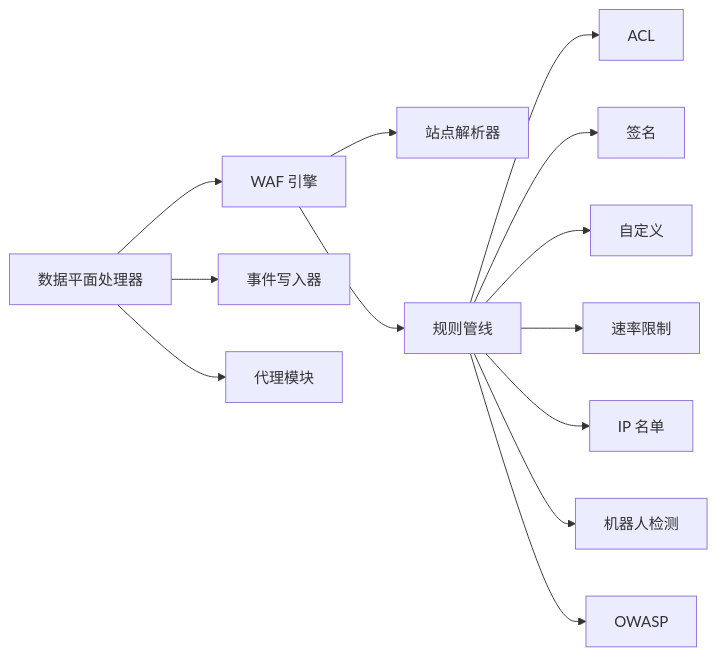
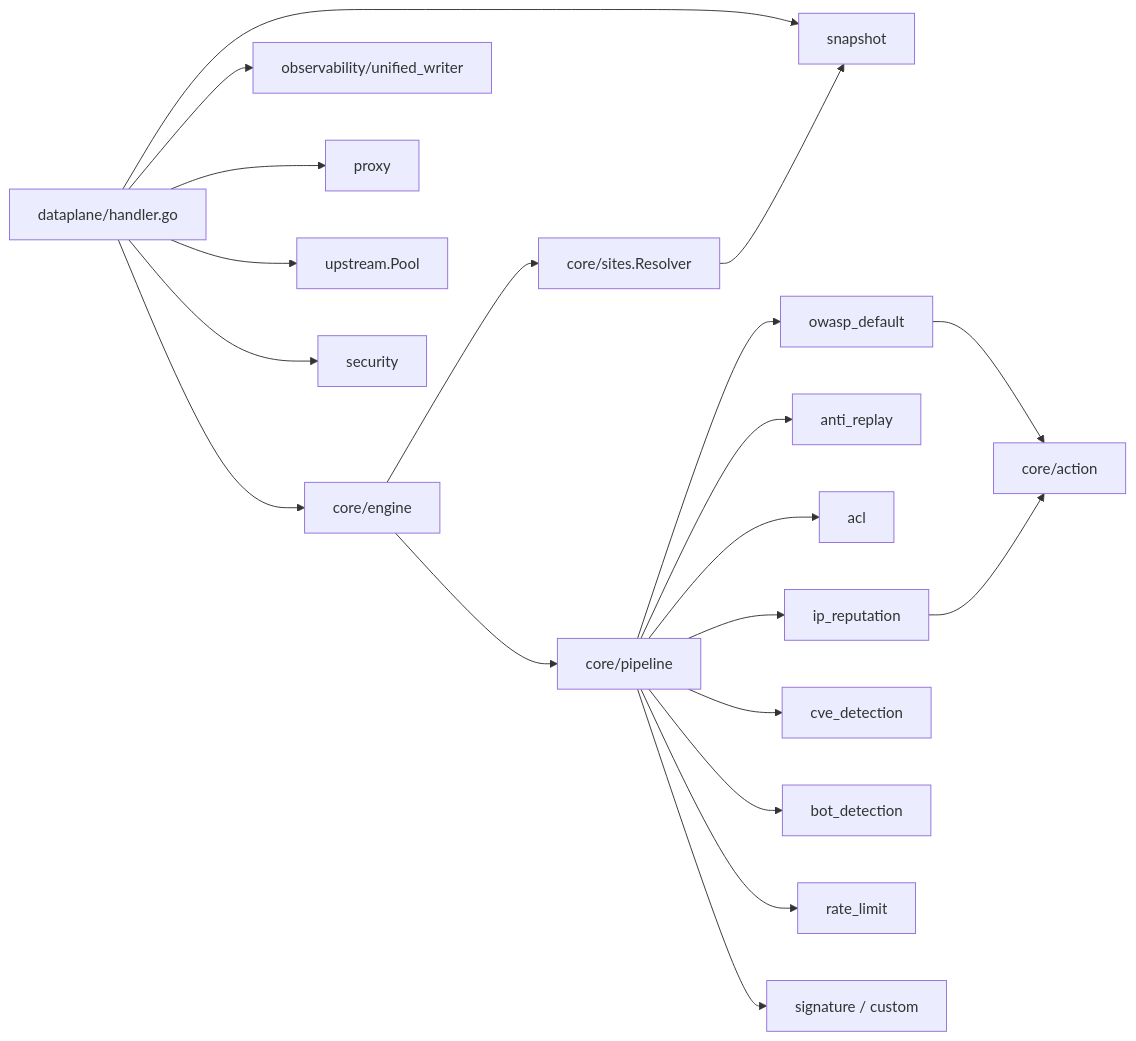
One commit to x01n/My-OpenWaf changed the ninth of 10 diagrams in docs/数据平面处理/请求处理流程.md. Above: the diagram before and after it, drawn with Mermaid. The commit also changed other lines of this file and 622 other files, not shown here.

````diff
--- a/docs/数据平面处理/请求处理流程.md
+++ b/docs/数据平面处理/请求处理流程.md
@@ -358,15 +465,22 @@
 ```mermaid
 graph LR
-DP["数据平面处理器"] --> ENG["WAF 引擎"]
-DP --> EVT["事件写入器"]
-DP --> PRX["代理模块"]
-ENG --> RSLV["站点解析器"]
-ENG --> PIPE["规则管线"]
-PIPE --> PH1["ACL"]
-PIPE --> PH2["签名"]
-PIPE --> PH3["自定义"]
-PIPE --> PH4["速率限制"]
-PIPE --> PH5["IP 名单"]
-PIPE --> PH6["机器人检测"]
-PIPE --> PH7["OWASP"]
+DP["dataplane/handler.go"] --> ENG["core/engine"]
+DP --> EVT["observability/unified_writer"]
+DP --> PRX["proxy"]
+DP --> UPS["upstream.Pool"]
+DP --> SEC["security"]
+DP --> SNAP["snapshot"]
+ENG --> RSLV["core/sites.Resolver"]
+ENG --> PIPE["core/pipeline"]
+RSLV --> SNAP
+PIPE --> PH1["ip_reputation"]
+PIPE --> PH2["anti_replay"]
+PIPE --> PH3["acl"]
+PIPE --> PH4["owasp_default"]
+PIPE --> PH5["cve_detection"]
+PIPE --> PH6["bot_detection"]
+PIPE --> PH7["rate_limit"]
+PIPE --> PH8["signature / custom"]
+PH4 --> ACT["core/action"]
+PH1 --> ACT
 ```
````
